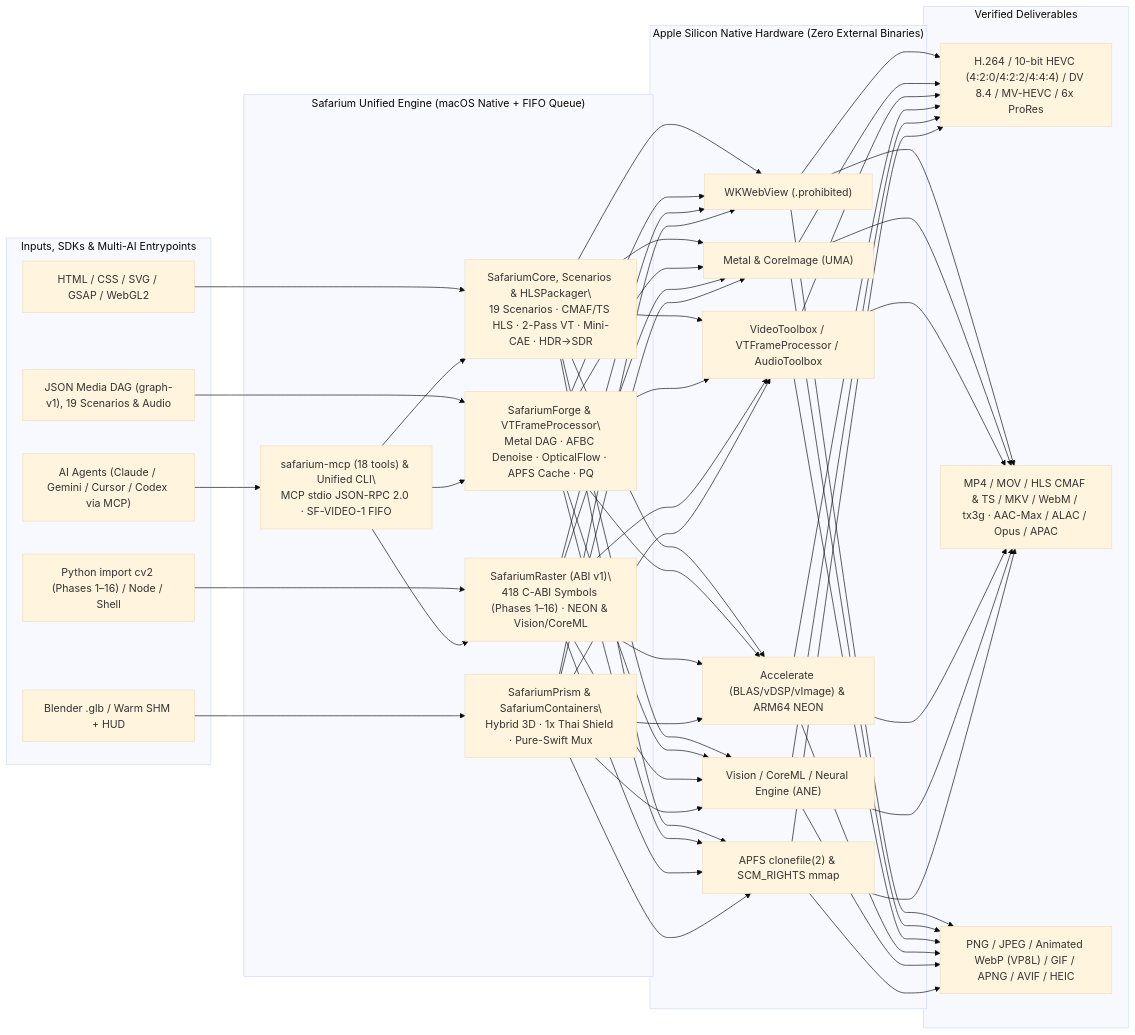
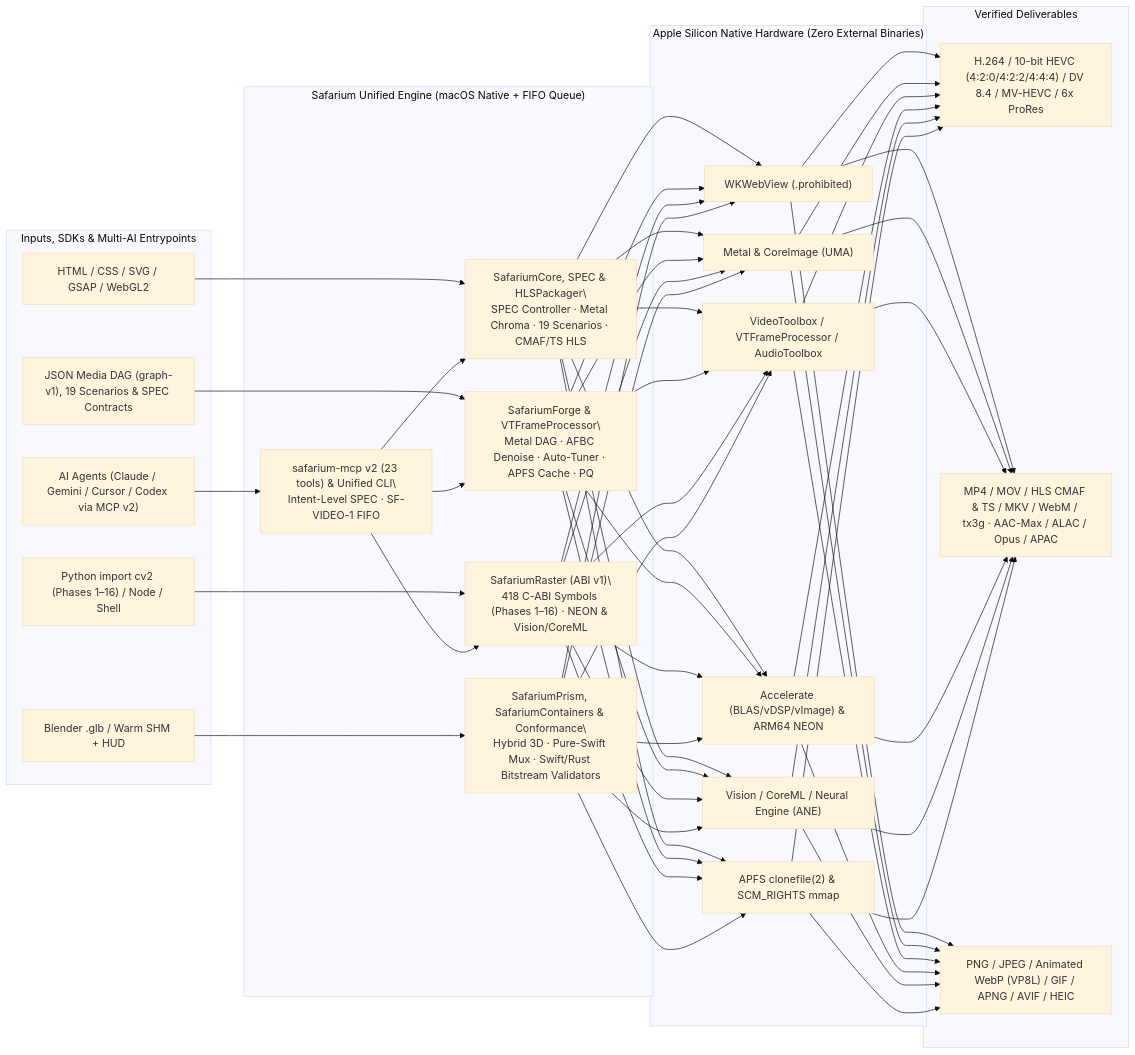
The diagram in README.md (sanookai/Safarium), drawn with Mermaid (base theme) before and after one commit. The commit also changed other lines of this file and 35 other files, not shown here.

Commit message:
Waves 11-14: SPEC Perceptual Controller, Metal Chroma Fidelity, Conformance (Swift+Rust), Auto-Tuner & 23-Tool MCP v2

````diff
--- a/README.md
+++ b/README.md
@@ -242,41 +263,41 @@
 ```mermaid
 flowchart LR
     subgraph Inputs["Inputs, SDKs & Multi-AI Entrypoints"]
         I1["HTML / CSS / SVG / GSAP / WebGL2"]
-        I2["JSON Media DAG (graph-v1), 19 Scenarios & Audio"]
+        I2["JSON Media DAG (graph-v1), 19 Scenarios & SPEC Contracts"]
         I3["Python import cv2 (Phases 1–16) / Node / Shell"]
         I4["Blender .glb / Warm SHM + HUD"]
-        I5["AI Agents (Claude / Gemini / Cursor / Codex via MCP)"]
+        I5["AI Agents (Claude / Gemini / Cursor / Codex via MCP v2)"]
     end
 
     subgraph Core["Safarium Unified Engine (macOS Native + FIFO Queue)"]
-        C0["safarium-mcp (18 tools) & Unified CLI\\nMCP stdio JSON-RPC 2.0 · SF-VIDEO-1 FIFO"]
-        C1["SafariumCore, Scenarios & HLSPackager\\n19 Scenarios · CMAF/TS HLS · 2-Pass VT · Mini-CAE · HDR→SDR"]
-        C2["SafariumForge & VTFrameProcessor\\nMetal DAG · AFBC Denoise · OpticalFlow · APFS Cache · PQ"]
+        C0["safarium-mcp v2 (23 tools) & Unified CLI\\nIntent-Level SPEC · SF-VIDEO-1 FIFO"]
+        C1["SafariumCore, SPEC & HLSPackager\\nSPEC Controller · Metal Chroma · 19 Scenarios · CMAF/TS HLS"]
+        C2["SafariumForge & VTFrameProcessor\\nMetal DAG · AFBC Denoise · Auto-Tuner · APFS Cache · PQ"]
         C3["SafariumRaster (ABI v1)\\n418 C-ABI Symbols (Phases 1–16) · NEON & Vision/CoreML"]
-        C4["SafariumPrism & SafariumContainers\\nHybrid 3D · 1x Thai Shield · Pure-Swift Mux"]
+        C4["SafariumPrism, SafariumContainers & Conformance\\nHybrid 3D · Pure-Swift Mux · Swift/Rust Bitstream Validators"]
     end
 
     subgraph Apple["Apple Silicon Native Hardware (Zero External Binaries)"]
         A1["WKWebView (.prohibited)"]
         A2["Metal & CoreImage (UMA)"]
         A3["VideoToolbox / VTFrameProcessor / AudioToolbox"]
         A4["Accelerate (BLAS/vDSP/vImage) & ARM64 NEON"]
         A5["Vision / CoreML / Neural Engine (ANE)"]
         A6["APFS clonefile(2) & SCM_RIGHTS mmap"]
     end
 
     subgraph Outputs["Verified Deliverables"]
         O1["H.264 / 10-bit HEVC (4:2:0/4:2:2/4:4:4) / DV 8.4 / MV-HEVC / 6x ProRes"]
         O2["MP4 / MOV / HLS CMAF & TS / MKV / WebM / tx3g · AAC-Max / ALAC / Opus / APAC"]
         O3["PNG / JPEG / Animated WebP (VP8L) / GIF / APNG / AVIF / HEIC"]
     end
 
     I5 --> C0
     I1 & C0 --> C1
     I2 & C0 --> C2
     I3 & C0 --> C3
     I4 --> C4
     C1 & C2 & C3 & C4 --> A1 & A2 & A3 & A4 & A5 & A6
     A1 & A2 & A3 & A4 & A5 & A6 --> O1 & O2 & O3
 ```
````
